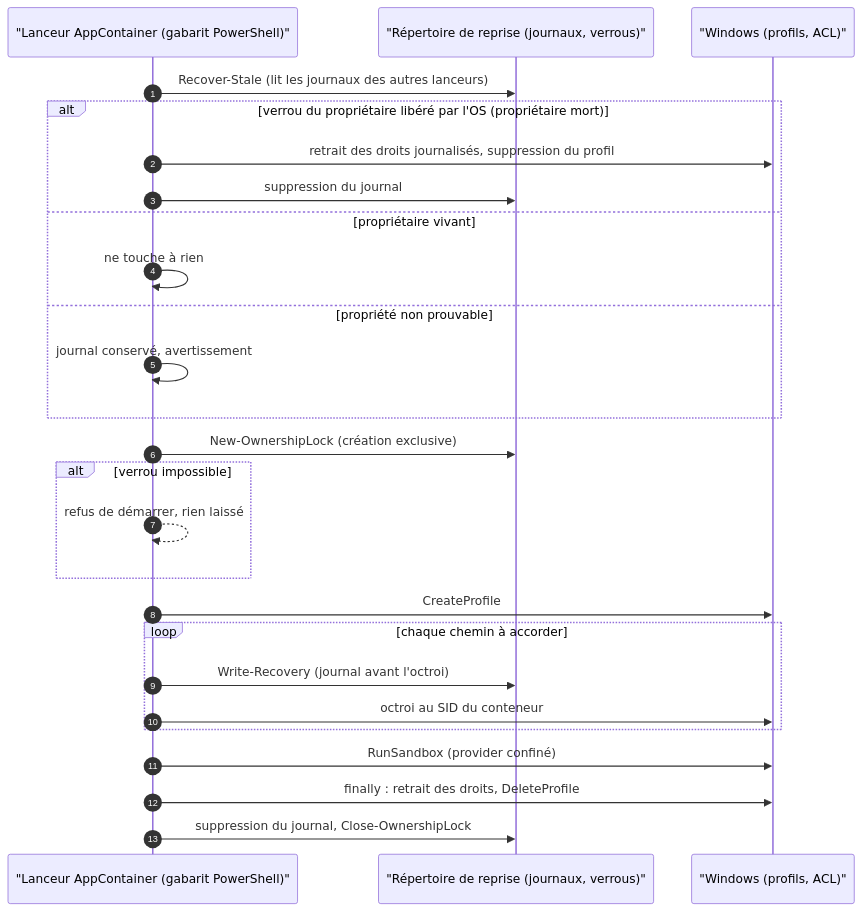
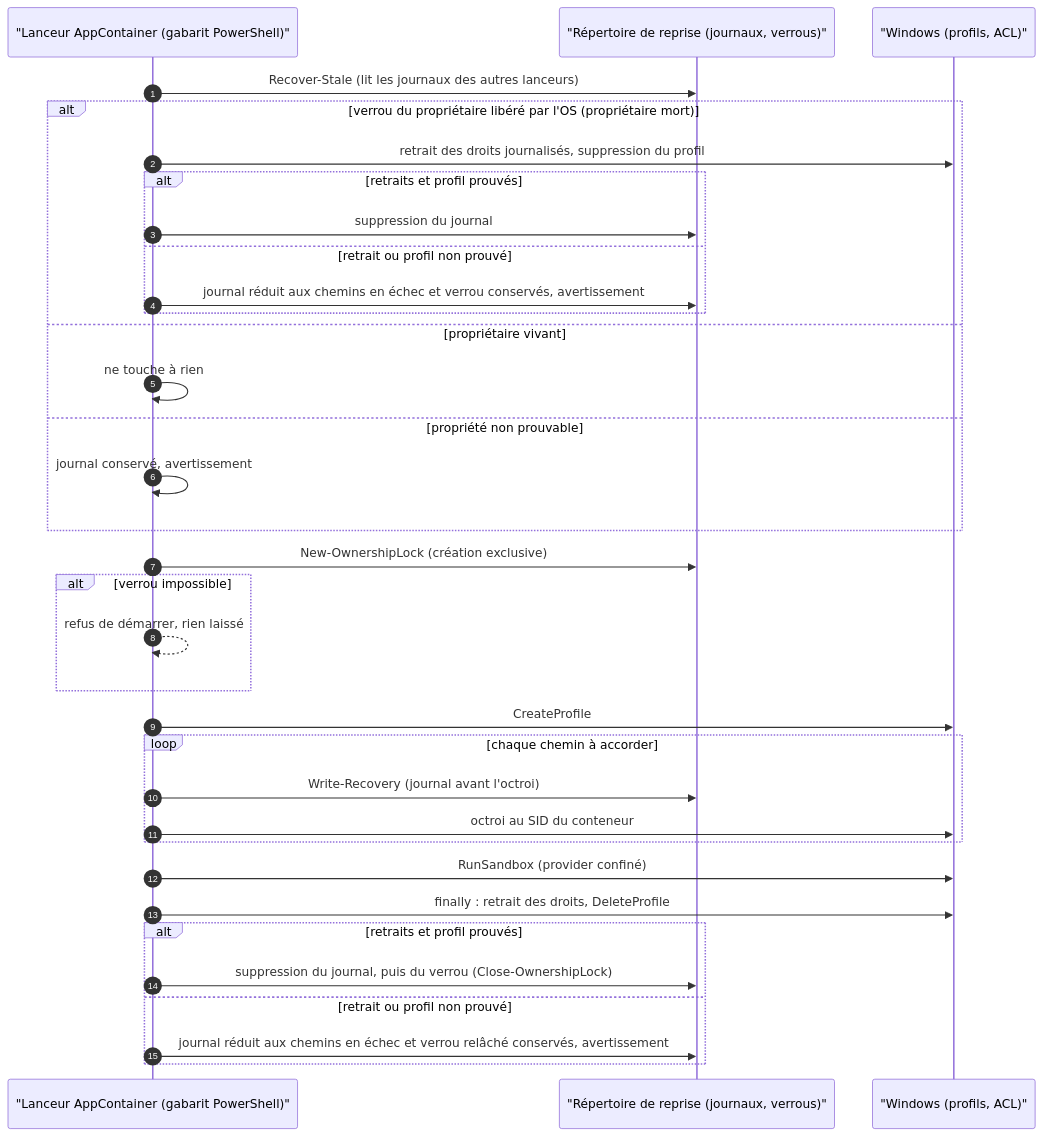
Before and after one commit to FTurleque/minos-code-intelligence: the second of 2 diagrams in docs/architecture/diagrams/capacites/confinement-code-non-fiable.md, drawn with Mermaid. The commit also changed other lines of this file and 1 other file, not shown here.

Commit message:
docs(confinement): tracer le retrait prouvé des droits AppContainer dans le dossier de capacité

````diff
--- a/docs/architecture/diagrams/capacites/confinement-code-non-fiable.md
+++ b/docs/architecture/diagrams/capacites/confinement-code-non-fiable.md
@@ -56,28 +56,36 @@
 ```mermaid
 sequenceDiagram
   autonumber
   participant L as "Lanceur AppContainer (gabarit PowerShell)"
   participant R as "Répertoire de reprise (journaux, verrous)"
   participant OS as "Windows (profils, ACL)"
   L->>R: Recover-Stale (lit les journaux des autres lanceurs)
   alt verrou du propriétaire libéré par l'OS (propriétaire mort)
     L->>OS: retrait des droits journalisés, suppression du profil
-    L->>R: suppression du journal
+    alt retraits et profil prouvés
+      L->>R: suppression du journal
+    else retrait ou profil non prouvé
+      L->>R: journal réduit aux chemins en échec et verrou conservés, avertissement
+    end
   else propriétaire vivant
     L->>L: ne touche à rien
   else propriété non prouvable
     L->>L: journal conservé, avertissement
   end
   L->>R: New-OwnershipLock (création exclusive)
   alt verrou impossible
     L-->>L: refus de démarrer, rien laissé
   end
   L->>OS: CreateProfile
   loop chaque chemin à accorder
     L->>R: Write-Recovery (journal avant l'octroi)
     L->>OS: octroi au SID du conteneur
   end
   L->>OS: RunSandbox (provider confiné)
   L->>OS: finally : retrait des droits, DeleteProfile
-  L->>R: suppression du journal, Close-OwnershipLock
+  alt retraits et profil prouvés
+    L->>R: suppression du journal, puis du verrou (Close-OwnershipLock)
+  else retrait ou profil non prouvé
+    L->>R: journal réduit aux chemins en échec et verrou relâché conservés, avertissement
+  end
 ```
````
